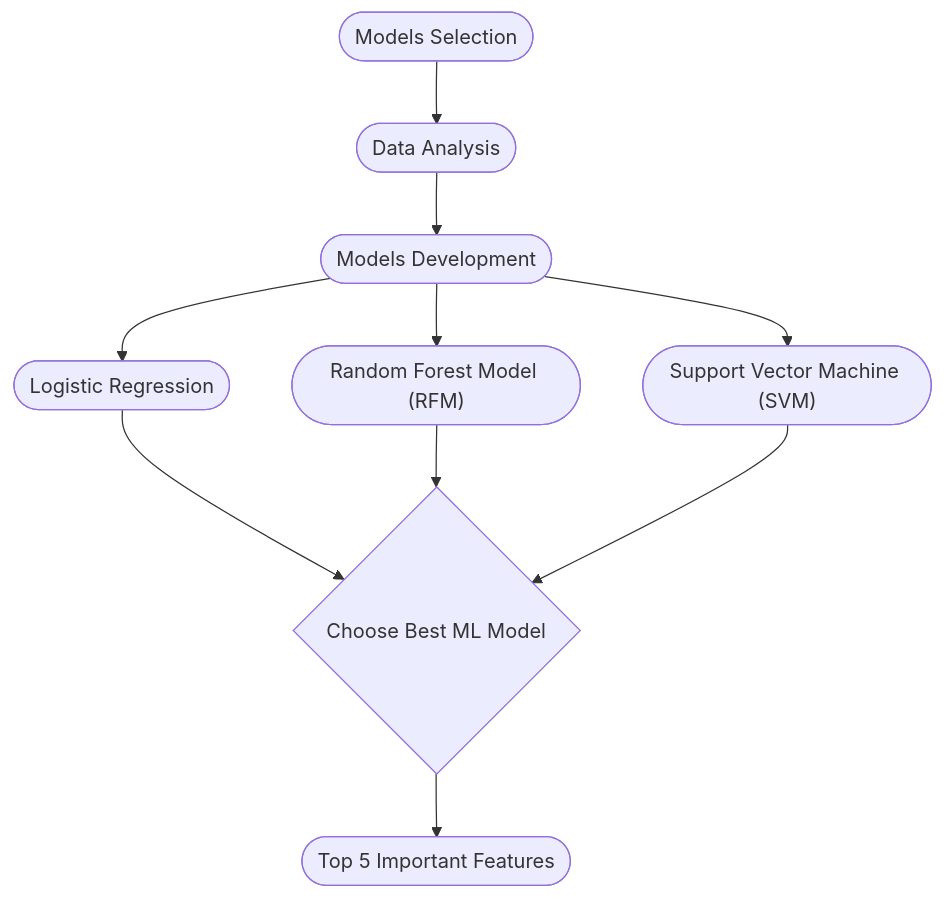
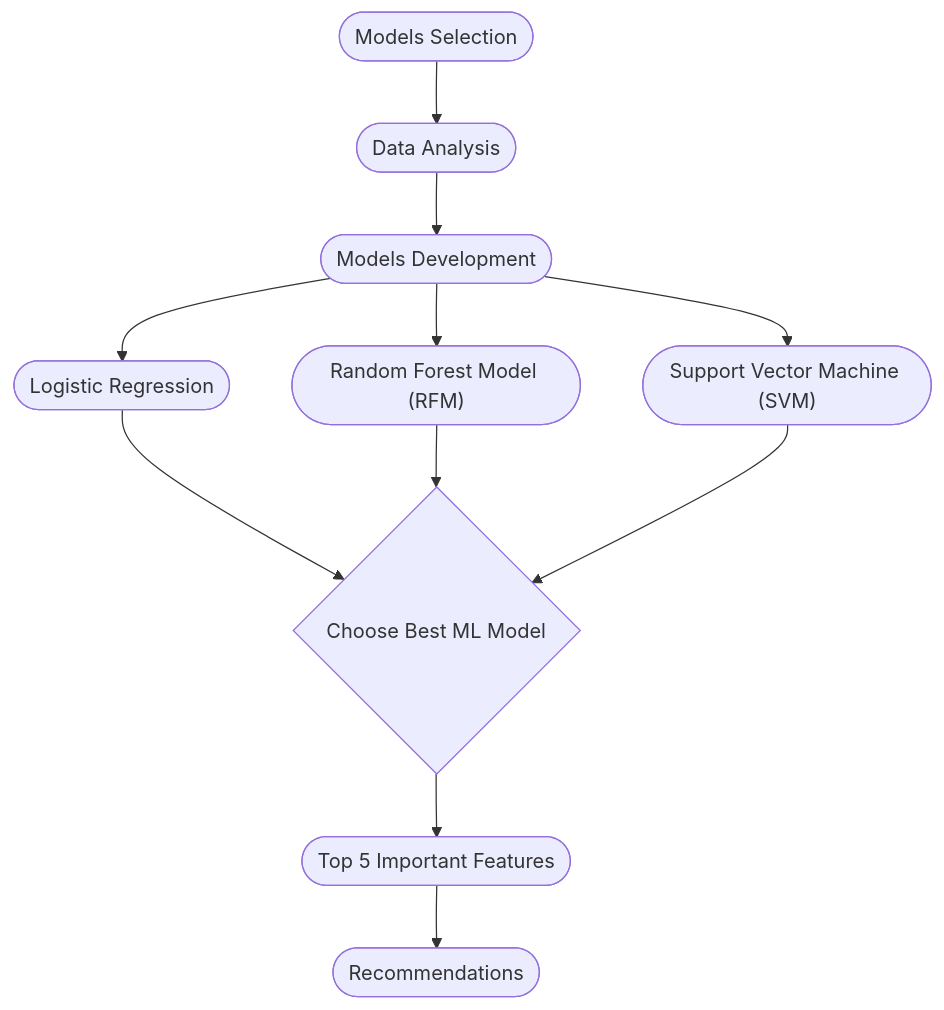
Before and after one commit to omaralfaqih6/breast_cancer_wisconsin: the diagram in README.md, drawn with Mermaid.

Commit message:
Modifying ReadMe File 13.

````diff
--- a/README.md
+++ b/README.md
@@ -57,19 +57,20 @@
 ```mermaid
 graph TD;
     A(["Models Selection"]);
     B(["Data Analysis"]);
     C(["Models Development"]);
     D(["Logistic Regression"]);
     E(["Random Forest Model (RFM)"]);
     F(["Support Vector Machine (SVM)"]);
     A-->B;
     B-->C;
     C-->D;
     C-->E;
     C-->F;
     D-->G{"Choose Best ML Model"};
     E-->G;
     F-->G;
     G-->H(["Top 5 Important Features"]);
+    H-->I(["Recommendations"]);
     
 ```
````
